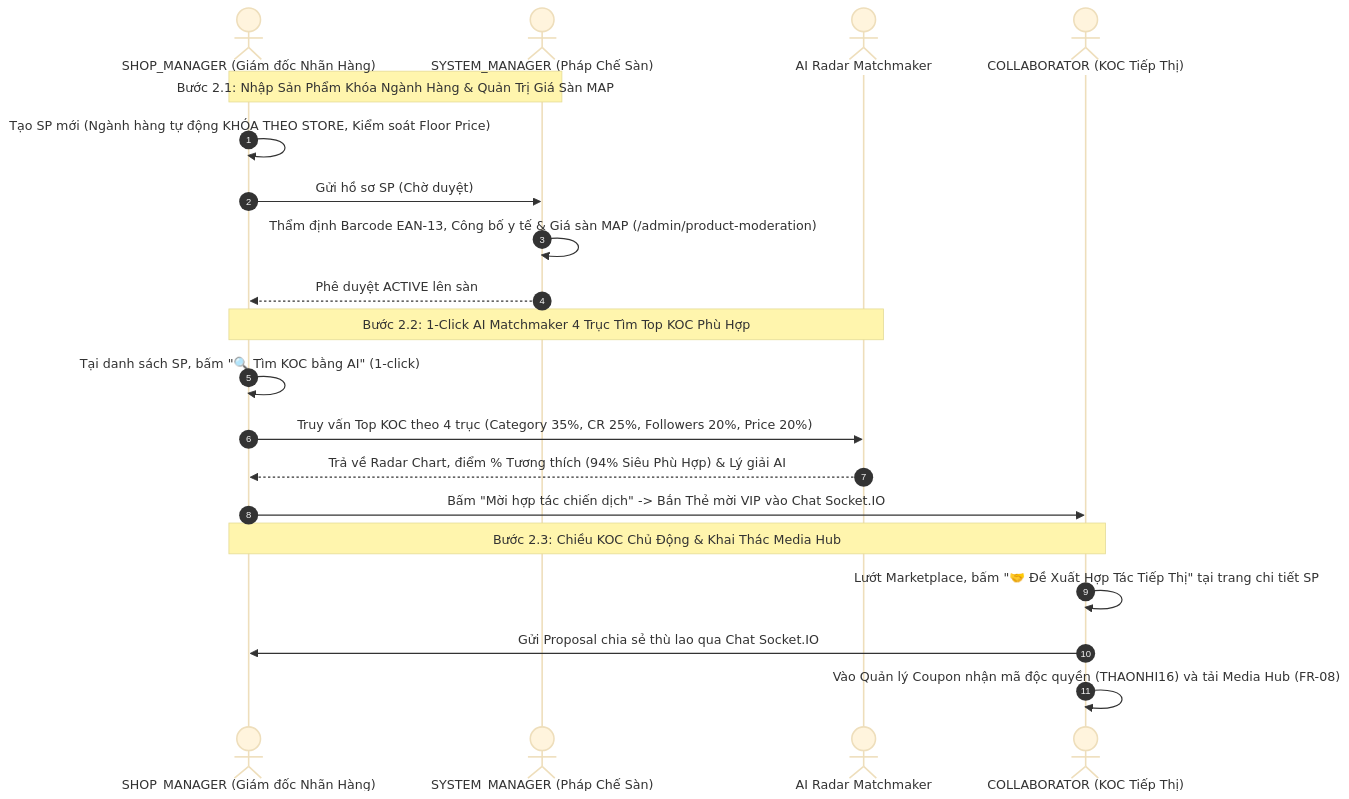
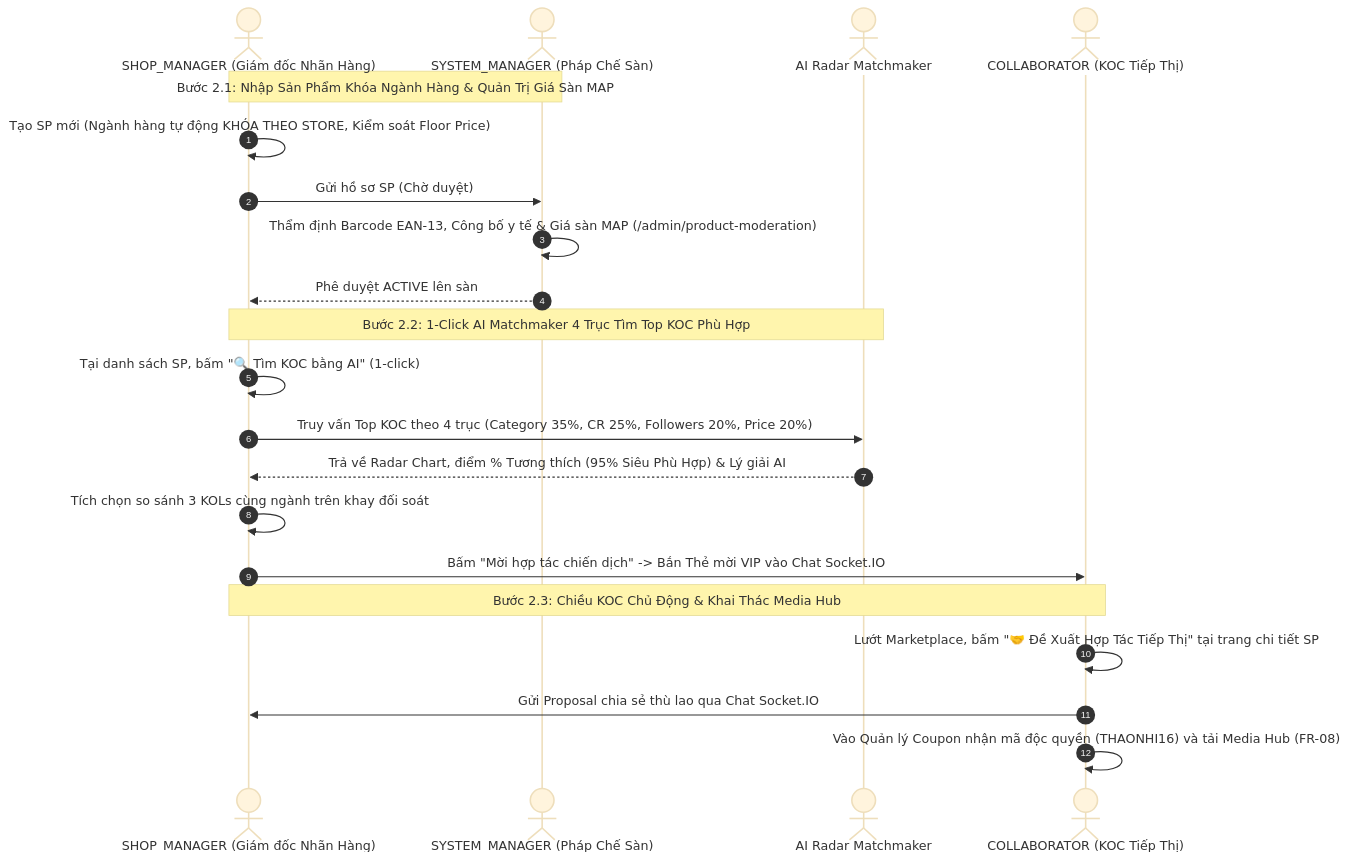
One commit to thang-nt25/SCANMS-project-capstone-fall26 changed the diagram in docs/FLOW_2_ANALYSIS_AND_ACTION_PLAN.md. Above: the diagram before and after it, drawn with Mermaid (base theme). The commit also changed other lines of this file, not shown here.

Commit message:
docs(flow2): luu tru de an 10 kols seed va bien ban ra soat loi tiem an full flow 2

````diff
--- a/docs/FLOW_2_ANALYSIS_AND_ACTION_PLAN.md
+++ b/docs/FLOW_2_ANALYSIS_AND_ACTION_PLAN.md
@@ -124,25 +115,26 @@
 ```mermaid
 sequenceDiagram
     autonumber
     actor SM as SHOP_MANAGER (Giám đốc Nhãn Hàng)
     actor SYS as SYSTEM_MANAGER (Pháp Chế Sàn)
     actor AI as AI Radar Matchmaker
     actor KOC as COLLABORATOR (KOC Tiếp Thị)
 
     Note over SM,SYS: Bước 2.1: Nhập Sản Phẩm Khóa Ngành Hàng & Quản Trị Giá Sàn MAP
     SM->>SM: Tạo SP mới (Ngành hàng tự động KHÓA THEO STORE, Kiểm soát Floor Price)
     SM->>SYS: Gửi hồ sơ SP (Chờ duyệt)
     SYS->>SYS: Thẩm định Barcode EAN-13, Công bố y tế & Giá sàn MAP (/admin/product-moderation)
     SYS-->>SM: Phê duyệt ACTIVE lên sàn
 
     Note over SM,AI: Bước 2.2: 1-Click AI Matchmaker 4 Trục Tìm Top KOC Phù Hợp
     SM->>SM: Tại danh sách SP, bấm "🔍 Tìm KOC bằng AI" (1-click)
     SM->>AI: Truy vấn Top KOC theo 4 trục (Category 35%, CR 25%, Followers 20%, Price 20%)
-    AI-->>SM: Trả về Radar Chart, điểm % Tương thích (94% Siêu Phù Hợp) & Lý giải AI
+    AI-->>SM: Trả về Radar Chart, điểm % Tương thích (95% Siêu Phù Hợp) & Lý giải AI
+    SM->>SM: Tích chọn so sánh 3 KOLs cùng ngành trên khay đối soát
     SM->>KOC: Bấm "Mời hợp tác chiến dịch" -> Bắn Thẻ mời VIP vào Chat Socket.IO
 
     Note over KOC,SM: Bước 2.3: Chiều KOC Chủ Động & Khai Thác Media Hub
     KOC->>KOC: Lướt Marketplace, bấm "🤝 Đề Xuất Hợp Tác Tiếp Thị" tại trang chi tiết SP
     KOC->>SM: Gửi Proposal chia sẻ thù lao qua Chat Socket.IO
     KOC->>KOC: Vào Quản lý Coupon nhận mã độc quyền (THAONHI16) và tải Media Hub (FR-08)
 ```
````
